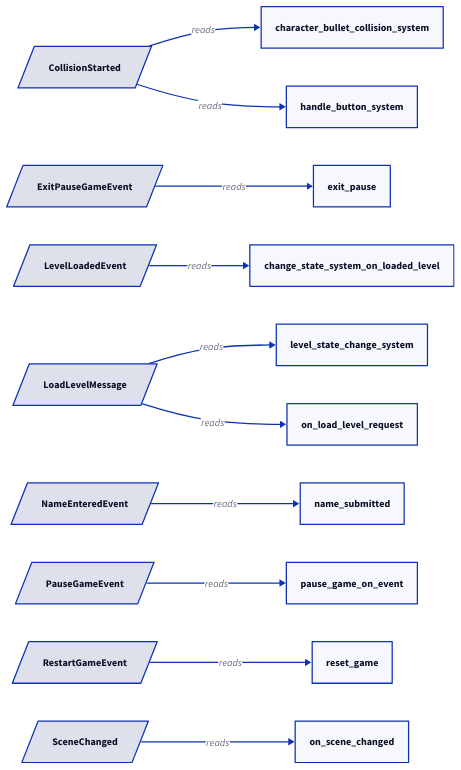
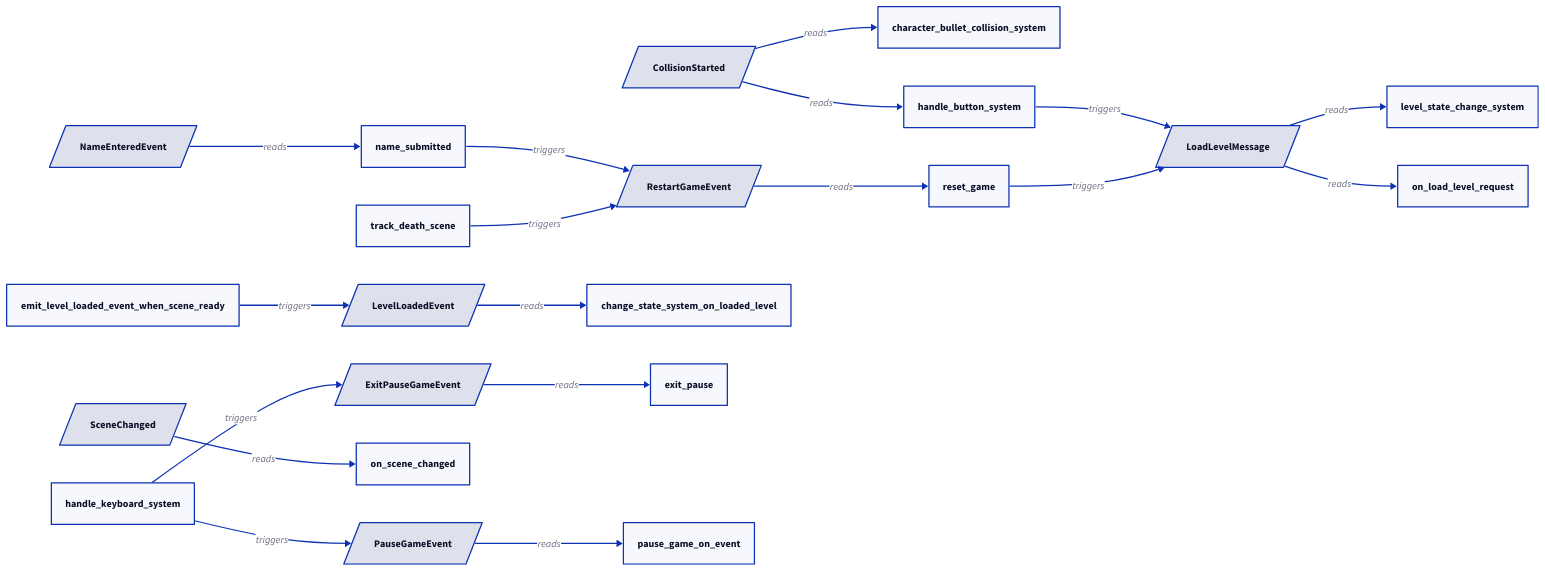
Before and after one commit to edizeqiri/BulletsOnWheels: the diagram in docs/events.d2, drawn with D2. The commit also changed 4 other files, not shown here.

```diff
--- a/docs/events.d2
+++ b/docs/events.d2
@@ -1,32 +1,42 @@
 direction: right
 
 "CollisionStarted": { shape: parallelogram }
 "ExitPauseGameEvent": { shape: parallelogram }
 "LevelLoadedEvent": { shape: parallelogram }
 "LoadLevelMessage": { shape: parallelogram }
 "NameEnteredEvent": { shape: parallelogram }
 "PauseGameEvent": { shape: parallelogram }
 "RestartGameEvent": { shape: parallelogram }
 "SceneChanged": { shape: parallelogram }
 
 "change_state_system_on_loaded_level": { shape: rectangle }
 "character_bullet_collision_system": { shape: rectangle }
+"emit_level_loaded_event_when_scene_ready": { shape: rectangle }
 "exit_pause": { shape: rectangle }
 "handle_button_system": { shape: rectangle }
+"handle_keyboard_system": { shape: rectangle }
 "level_state_change_system": { shape: rectangle }
 "name_submitted": { shape: rectangle }
 "on_load_level_request": { shape: rectangle }
 "on_scene_changed": { shape: rectangle }
 "pause_game_on_event": { shape: rectangle }
 "reset_game": { shape: rectangle }
+"track_death_scene": { shape: rectangle }
 
 "LevelLoadedEvent" -> "change_state_system_on_loaded_level": reads
 "CollisionStarted" -> "character_bullet_collision_system": reads
+"emit_level_loaded_event_when_scene_ready" -> "LevelLoadedEvent": triggers
 "ExitPauseGameEvent" -> "exit_pause": reads
 "CollisionStarted" -> "handle_button_system": reads
+"handle_button_system" -> "LoadLevelMessage": triggers
+"handle_keyboard_system" -> "ExitPauseGameEvent": triggers
+"handle_keyboard_system" -> "PauseGameEvent": triggers
 "LoadLevelMessage" -> "level_state_change_system": reads
 "NameEnteredEvent" -> "name_submitted": reads
+"name_submitted" -> "RestartGameEvent": triggers
 "LoadLevelMessage" -> "on_load_level_request": reads
 "SceneChanged" -> "on_scene_changed": reads
 "PauseGameEvent" -> "pause_game_on_event": reads
 "RestartGameEvent" -> "reset_game": reads
+"reset_game" -> "LoadLevelMessage": triggers
+"track_death_scene" -> "RestartGameEvent": triggers
```
